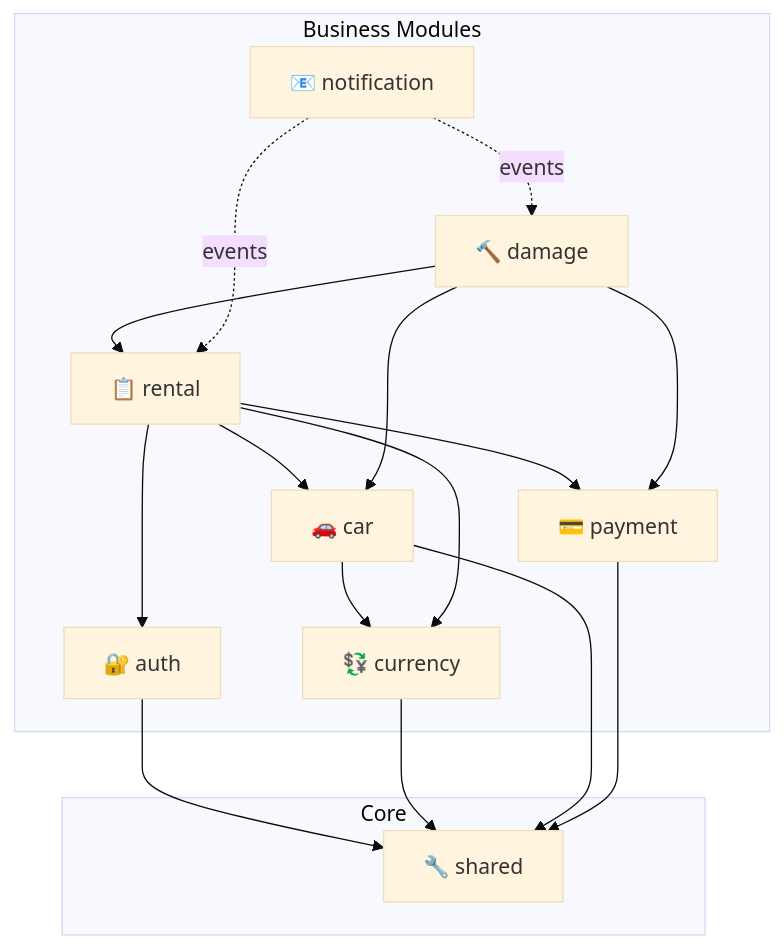
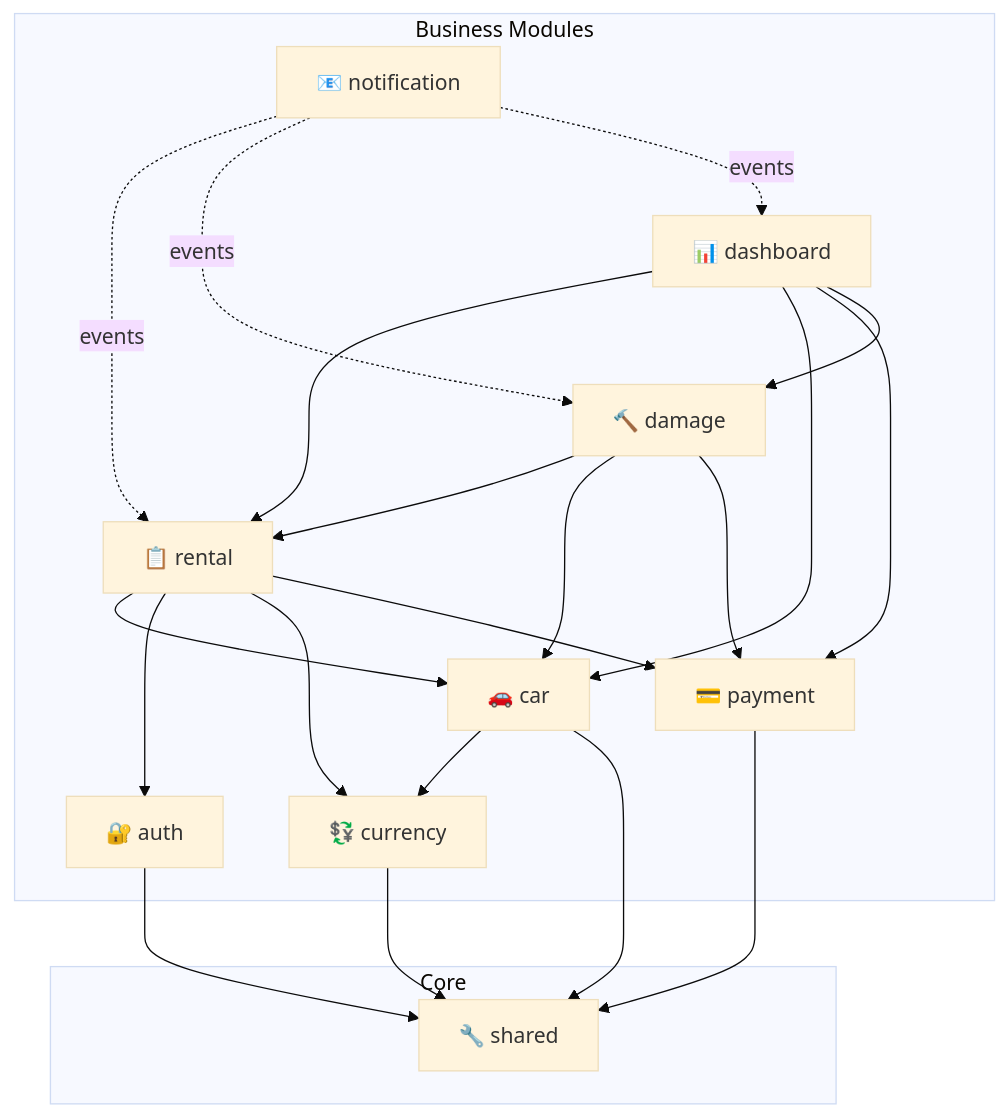
The diagram in README.md (TheOdrig/car-rental-api), drawn with Mermaid (base theme) before and after one commit. The commit also changed other lines of this file and 3 other files, not shown here.

````diff
--- a/README.md
+++ b/README.md
@@ -32,31 +33,37 @@
 ```mermaid
 graph TD
     subgraph Core
         shared[🔧 shared]
     end
     
     subgraph Business Modules
         auth[🔐 auth]
         car[🚗 car]
         currency[💱 currency]
         rental[📋 rental]
         damage[🔨 damage]
         payment[💳 payment]
+        dashboard[📊 dashboard]
         notification[📧 notification]
     end
     
     auth --> shared
     currency --> shared
     car --> currency
     car --> shared
     payment --> shared
     rental --> car
     rental --> auth
     rental --> currency
     rental --> payment
     damage --> rental
     damage --> car
     damage --> payment
+    dashboard --> rental
+    dashboard --> car
+    dashboard --> payment
+    dashboard --> damage
     notification -.->|events| rental
     notification -.->|events| damage
+    notification -.->|events| dashboard
 ```
````
